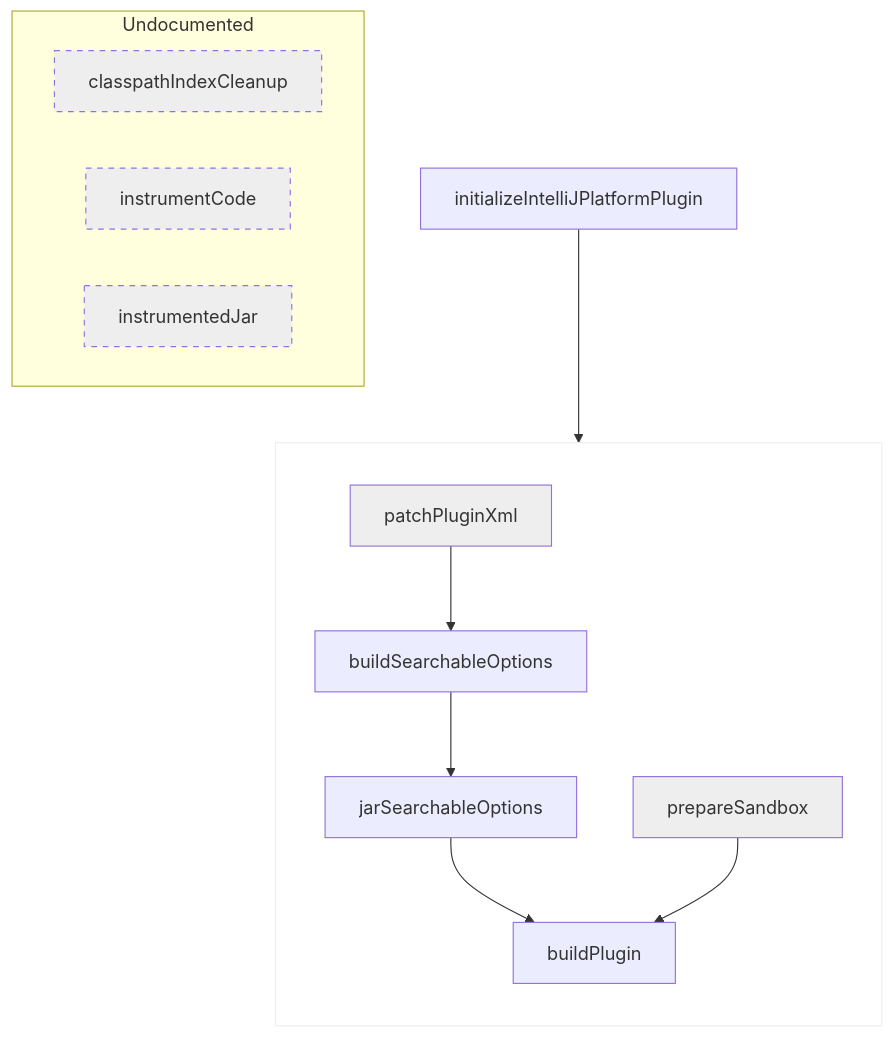
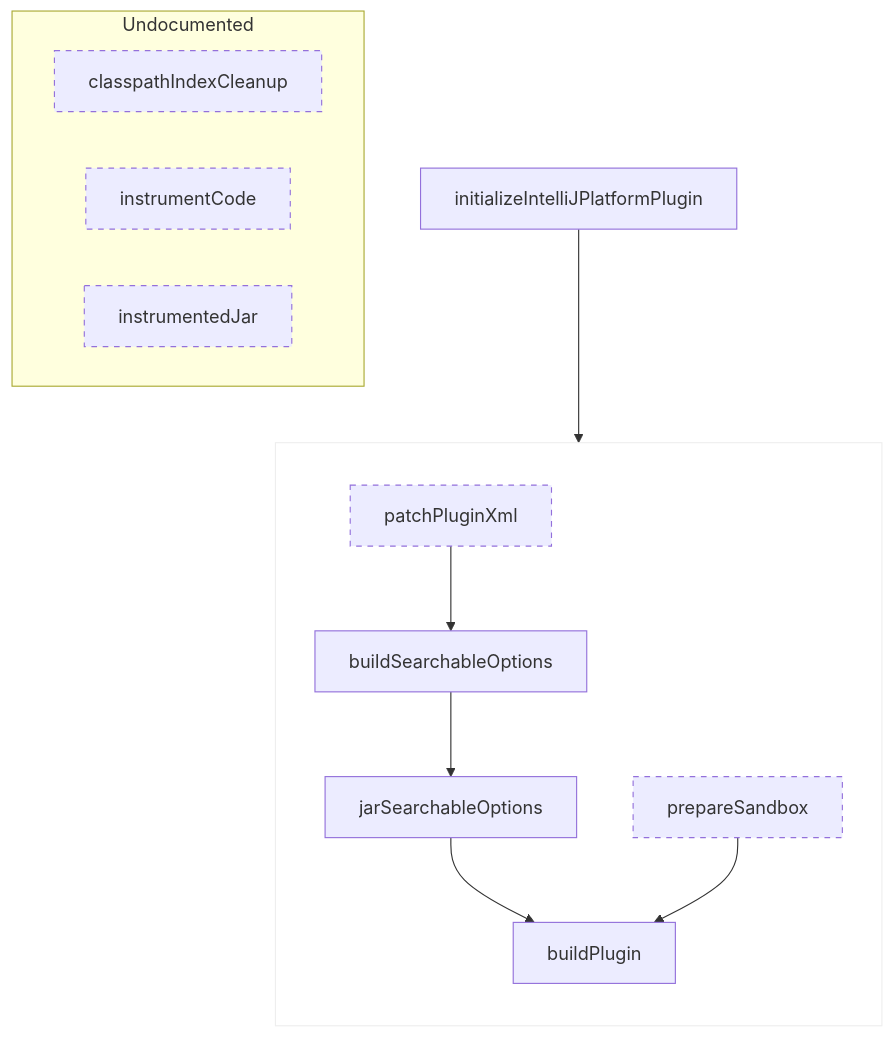
One commit to JetBrains/intellij-sdk-docs changed the diagram in topics/appendix/tools/intellij_platform_gradle_plugin/tools_intellij_platform_gradle_plugin_tasks.md. Above: the diagram before and after it, drawn with Mermaid.

Commit message:
IntelliJ Platform Gradle Plugin: tasks diagram styling for dark theme

````diff
--- a/topics/appendix/tools/intellij_platform_gradle_plugin/tools_intellij_platform_gradle_plugin_tasks.md
+++ b/topics/appendix/tools/intellij_platform_gradle_plugin/tools_intellij_platform_gradle_plugin_tasks.md
@@ -15,44 +15,43 @@
 ```mermaid
 flowchart
     subgraph ALL ["` `"]
         direction TB
 
         buildPlugin
         buildSearchableOptions
         jarSearchableOptions
         patchPluginXml
         prepareSandbox
 
         jarSearchableOptions & prepareSandbox --> buildPlugin
         patchPluginXml --> buildSearchableOptions
         buildSearchableOptions --> jarSearchableOptions
     end
 
     initializeIntelliJPlatformPlugin --> ALL
 
     subgraph Undocumented
         classpathIndexCleanup
         instrumentCode
         instrumentedJar
     end
 
     click buildPlugin "#buildPlugin"
     click buildSearchableOptions "#buildSearchableOptions"
     click classpathIndexCleanup "#classpathIndexCleanup"
     click initializeIntelliJPlatformPlugin "#initializeIntelliJPlatformPlugin"
     click instrumentCode "#instrumentCode"
     click instrumentedJar "#instrumentedJar"
     click jarSearchableOptions "#jarSearchableOptions"
     click patchPluginXml "#patchPluginXml"
     click prepareSandbox "#prepareSandbox"
 
-    style classpathIndexCleanup fill:#eee,stroke-dasharray: 5 5
-    style instrumentCode fill:#eee,stroke-dasharray: 5 5
-    style instrumentedJar fill:#eee,stroke-dasharray: 5 5
+    style classpathIndexCleanup stroke-dasharray: 5 5
+    style instrumentCode stroke-dasharray: 5 5
+    style instrumentedJar stroke-dasharray: 5 5
 
-    style patchPluginXml fill:#eee
-    style prepareSandbox fill:#eee
-    style prepareSandbox fill:#eee
+    style patchPluginXml stroke-dasharray: 5 5
+    style prepareSandbox stroke-dasharray: 5 5
 
-    style ALL fill:#fff,stroke:#eee
+    style ALL fill:transparent,stroke:#eee
 ```
````
